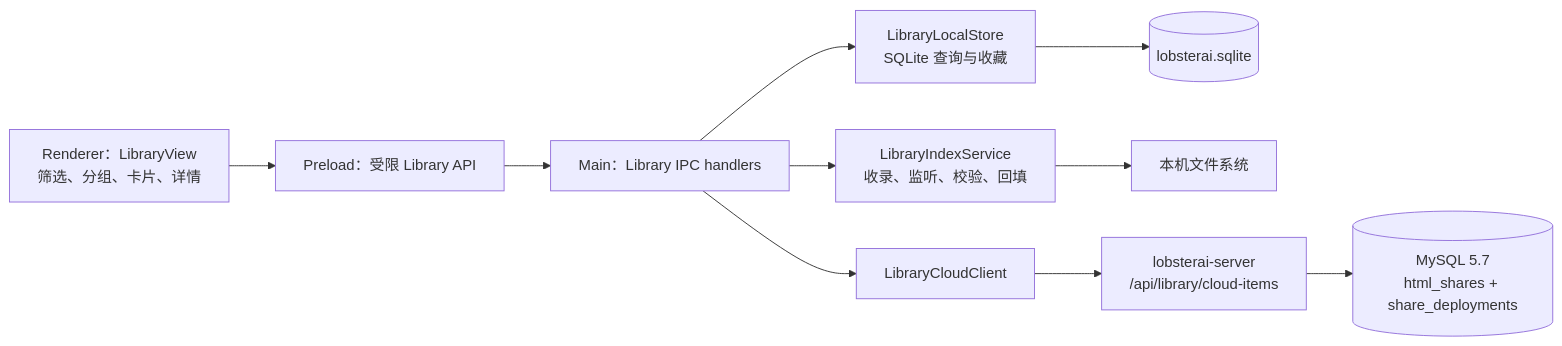
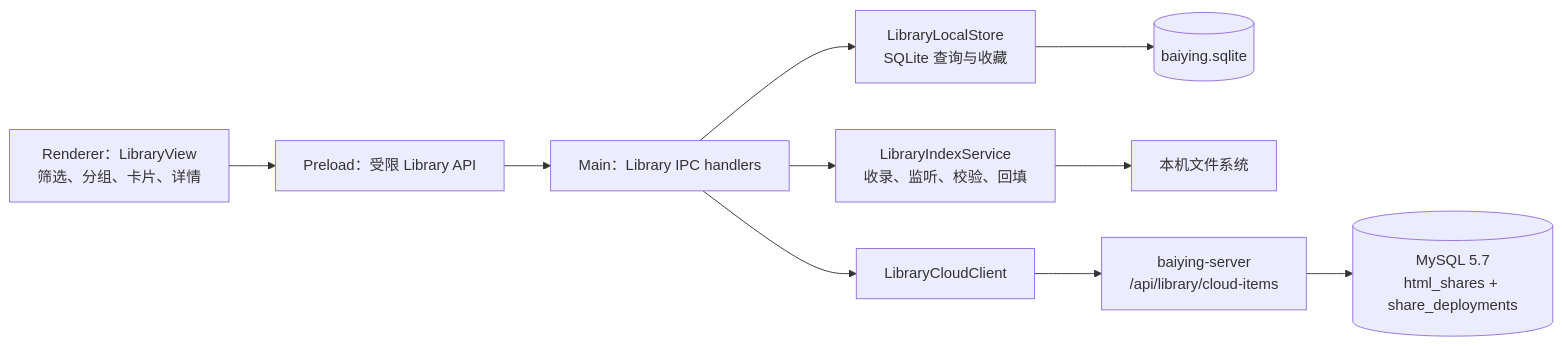
The diagram in specs/features/library/2026-08-17-library-design.md (Kin-10/NEXUS), drawn with Mermaid before and after one commit. The commit also changed other lines of this file and 548 other files, not shown here.

````diff
--- a/specs/features/library/2026-08-17-library-design.md
+++ b/specs/features/library/2026-08-17-library-design.md
@@ -945,12 +945,12 @@
 ```mermaid
 flowchart LR
     UI["Renderer：LibraryView<br/>筛选、分组、卡片、详情"] --> PRELOAD["Preload：受限 Library API"]
     PRELOAD --> IPC["Main：Library IPC handlers"]
     IPC --> LOCAL["LibraryLocalStore<br/>SQLite 查询与收藏"]
     IPC --> INDEX["LibraryIndexService<br/>收录、监听、校验、回填"]
-    LOCAL --> SQLITE[("lobsterai.sqlite")]
+    LOCAL --> SQLITE[("baiying.sqlite")]
     INDEX --> FILES["本机文件系统"]
     IPC --> CLOUD["LibraryCloudClient"]
-    CLOUD --> API["lobsterai-server<br/>/api/library/cloud-items"]
+    CLOUD --> API["baiying-server<br/>/api/library/cloud-items"]
     API --> MYSQL[("MySQL 5.7<br/>html_shares + share_deployments")]
 ```
````
